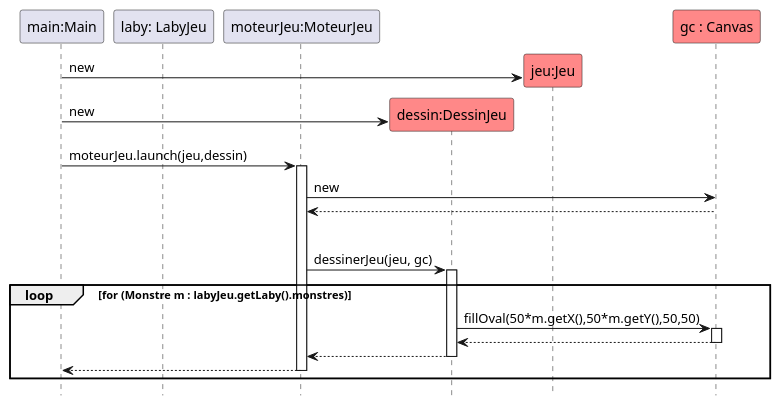
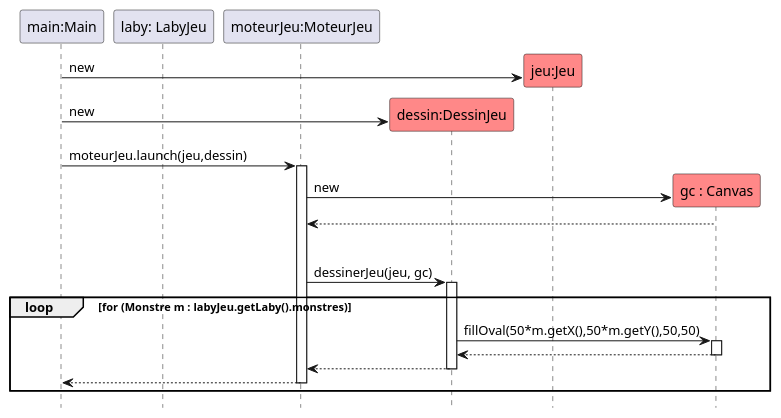
Before and after one commit to OoNeal/2022_zeldiablo_rionde8u_povoas1u_melchior25u_arnaud35u: the diagram in documents/version_2/DiagSeq_CreationMonstre.puml, drawn with PlantUML.

Commit message:
Modification du DiagSeq_CreationMonstre.puml

```diff
--- a/documents/version_2/DiagSeq_CreationMonstre.puml
+++ b/documents/version_2/DiagSeq_CreationMonstre.puml
@@ -1,40 +1,41 @@
 @startuml
 hide footbox
 
 participant "main:Main" as main
 participant "laby: LabyJeu" as l
 participant "moteurJeu:MoteurJeu" as m
 participant "dessin:DessinJeu" as r #FF8888
 participant "jeu:Jeu" as game #FF8888
 participant "gc : Canvas" as gc #FF8888
 create game
 main-> game : new
 create r
 main-> r :new
 main -> m : moteurJeu.launch(jeu,dessin)
 activate m
+create gc
 m -> gc : new
 m <-- gc
 loop Timer
 m -> r : dessinerJeu(jeu, gc)
 activate r
 loop for (Monstre m : labyJeu.getLaby().monstres)
 r -> gc :fillOval(50*m.getX(),50*m.getY(),50,50)
 activate gc
 r <-- gc
 deactivate gc
 m <-- r
 deactivate r
 main <-- m
 deactivate m
 
 
 
 
 
 
 end
 
 deactivate l
 
 @enduml
```
